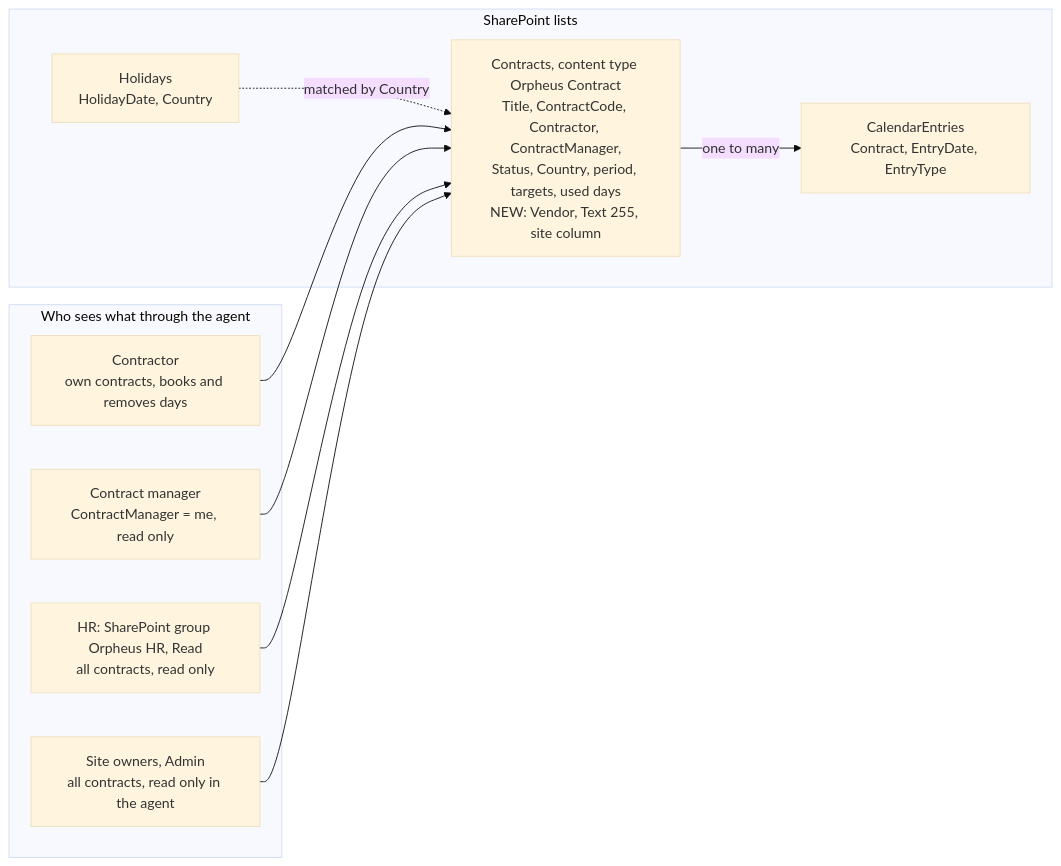
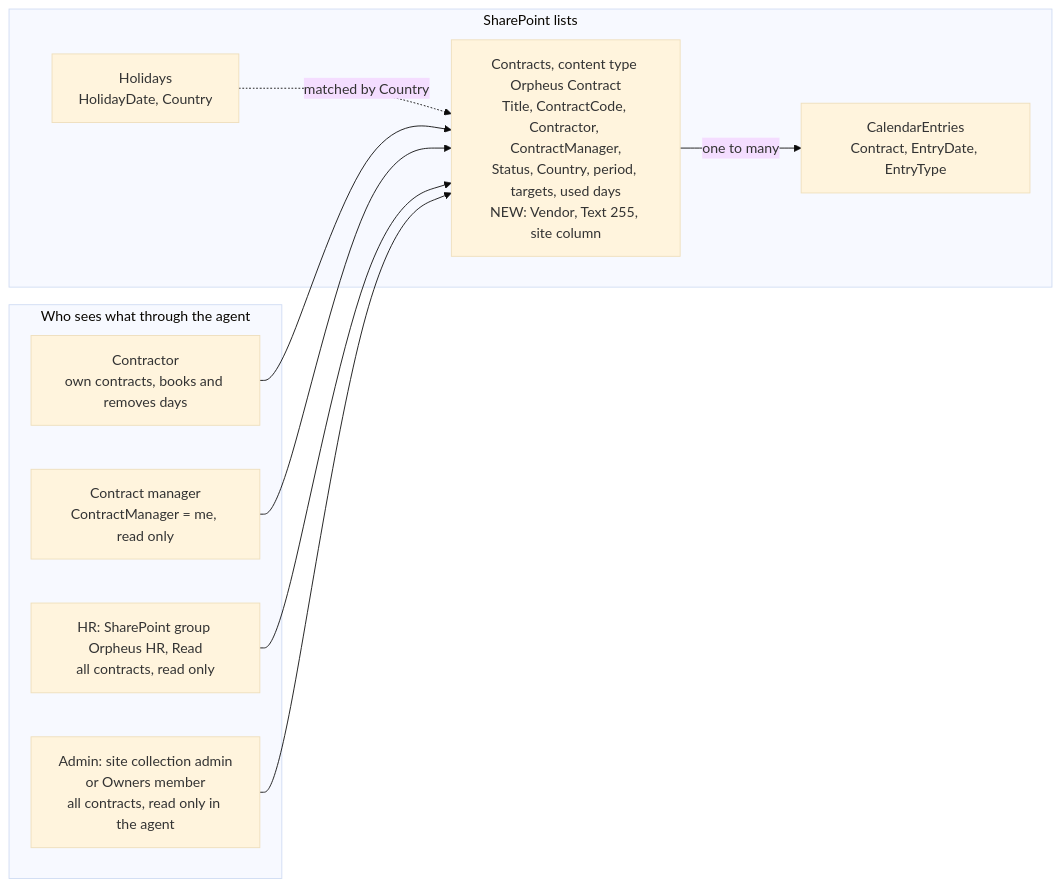
Before and after one commit to Sartor87/orpheus-systems-sharepoint: the diagram in architecture/adr/0013-vendor-column-and-hr-group-for-the-agent.md, drawn with Mermaid (base theme). The commit also changed 12 other files, not shown here.

First line of the commit message:
docs(architecture): diagrams and ADR amendments for provisioning, roles and CI

````diff
--- a/architecture/adr/0013-vendor-column-and-hr-group-for-the-agent.md
+++ b/architecture/adr/0013-vendor-column-and-hr-group-for-the-agent.md
@@ -59,20 +59,20 @@
 ```mermaid
 flowchart LR
   subgraph LISTS["SharePoint lists"]
     C["Contracts, content type Orpheus Contract<br/>Title, ContractCode, Contractor, ContractManager,<br/>Status, Country, period, targets, used days<br/>NEW: Vendor, Text 255, site column"]
     E["CalendarEntries<br/>Contract, EntryDate, EntryType"]
     H["Holidays<br/>HolidayDate, Country"]
   end
   C -->|"one to many"| E
   H -.->|"matched by Country"| C
   subgraph ROLES["Who sees what through the agent"]
     CT["Contractor<br/>own contracts, books and removes days"]
     MG["Contract manager<br/>ContractManager = me, read only"]
     HR["HR: SharePoint group Orpheus HR, Read<br/>all contracts, read only"]
-    OW["Site owners, Admin<br/>all contracts, read only in the agent"]
+    OW["Admin: site collection admin<br/>or Owners member<br/>all contracts, read only in the agent"]
   end
   CT --> C
   MG --> C
   HR --> C
   OW --> C
 ```
````
